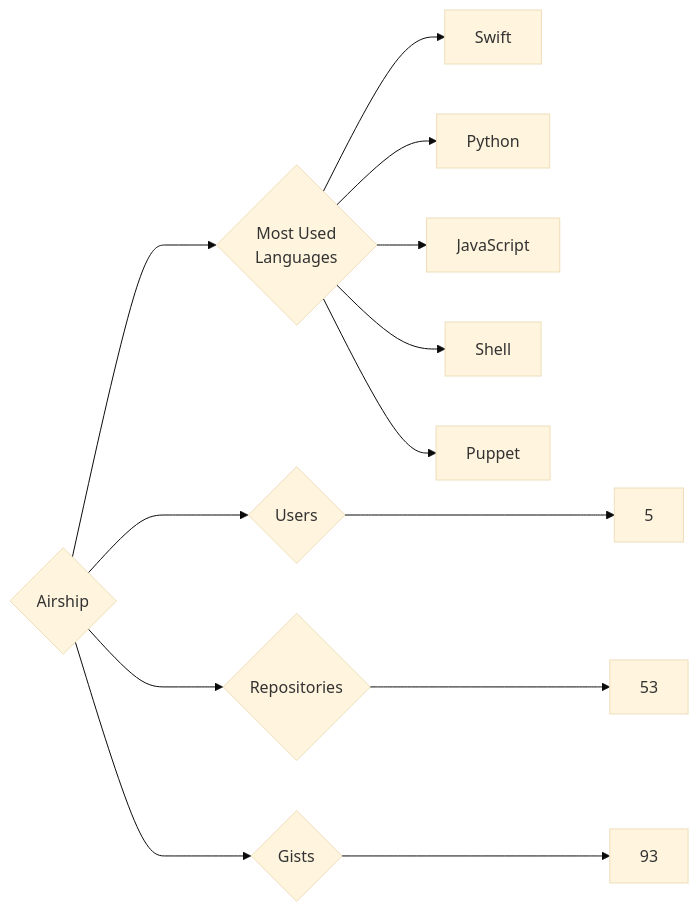
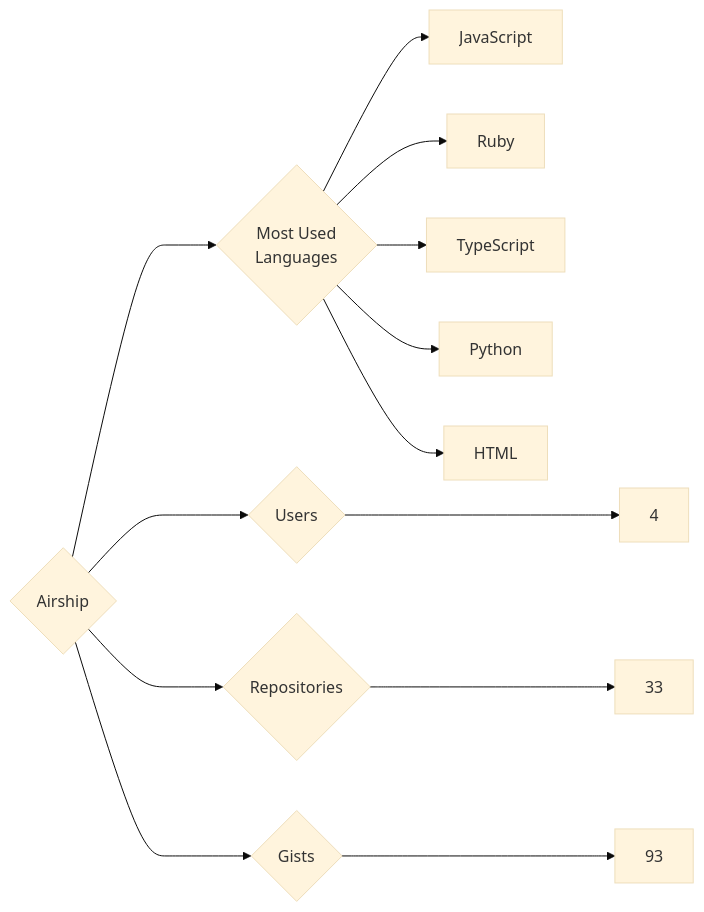
Before and after one commit to trickest/insiders: the diagram in targets/Airship/README.md, drawn with Mermaid (base theme). The commit also changed 1089 other files, not shown here.

````diff
--- a/targets/Airship/README.md
+++ b/targets/Airship/README.md
@@ -3,13 +3,13 @@
 ```mermaid
 graph LR
 COMPANY_NAME{Airship}
-COMPANY_NAME ---> U{Users} ---> UN[5]
-COMPANY_NAME ---> R{Repositories} ---> RN[53]
+COMPANY_NAME ---> U{Users} ---> UN[4]
+COMPANY_NAME ---> R{Repositories} ---> RN[33]
 COMPANY_NAME ---> G{Gists} ---> GN[93]
 COMPANY_NAME ---> ML{Most Used<br>Languages}
-ML --> Swift[Swift]
+ML --> JavaScript[JavaScript]
+ML --> Ruby[Ruby]
+ML --> TypeScript[TypeScript]
 ML --> Python[Python]
-ML --> JavaScript[JavaScript]
-ML --> Shell[Shell]
-ML --> Puppet[Puppet]
+ML --> HTML[HTML]
 ```
````
